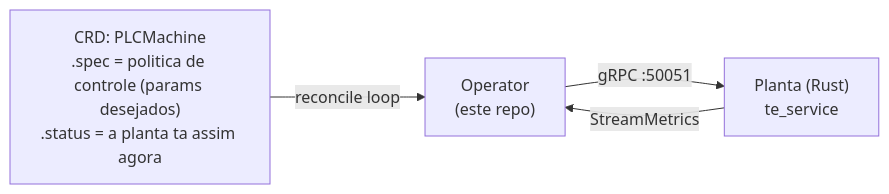
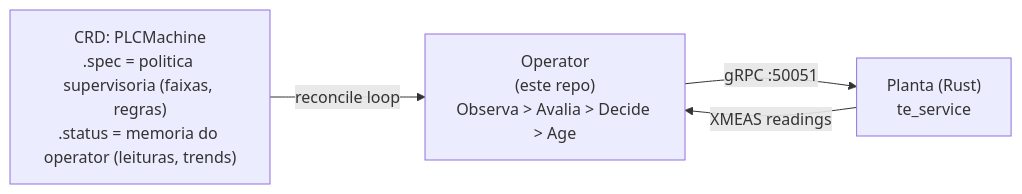
Before and after one commit to Green-Cinnamon-Labs/cluster-api-provider-plc: the diagram in docs/01-visao-geral.md, drawn with Mermaid. The commit also changed other lines of this file and 5 other files, not shown here.

````diff
--- a/docs/01-visao-geral.md
+++ b/docs/01-visao-geral.md
@@ -22,11 +22,11 @@
 ```mermaid
 flowchart LR
-    CRD["CRD: PLCMachine<br/>.spec = politica de controle (params desejados)<br/>.status = a planta ta assim agora"]
+    CRD["CRD: PLCMachine<br/>.spec = politica supervisoria (faixas, regras)<br/>.status = memoria do operator (leituras, trends)"]
 
-    Operator["Operator<br/>(este repo)"]
+    Operator["Operator<br/>(este repo)<br/>Observa > Avalia > Decide > Age"]
     Plant["Planta (Rust)<br/>te_service"]
 
     CRD -->|reconcile loop| Operator
     Operator -->|gRPC :50051| Plant
-    Plant -->|StreamMetrics| Operator
+    Plant -->|XMEAS readings| Operator
 ```
````
